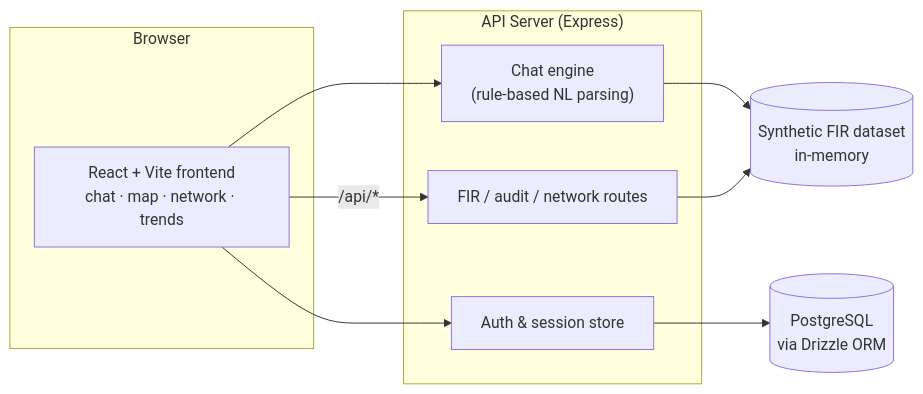
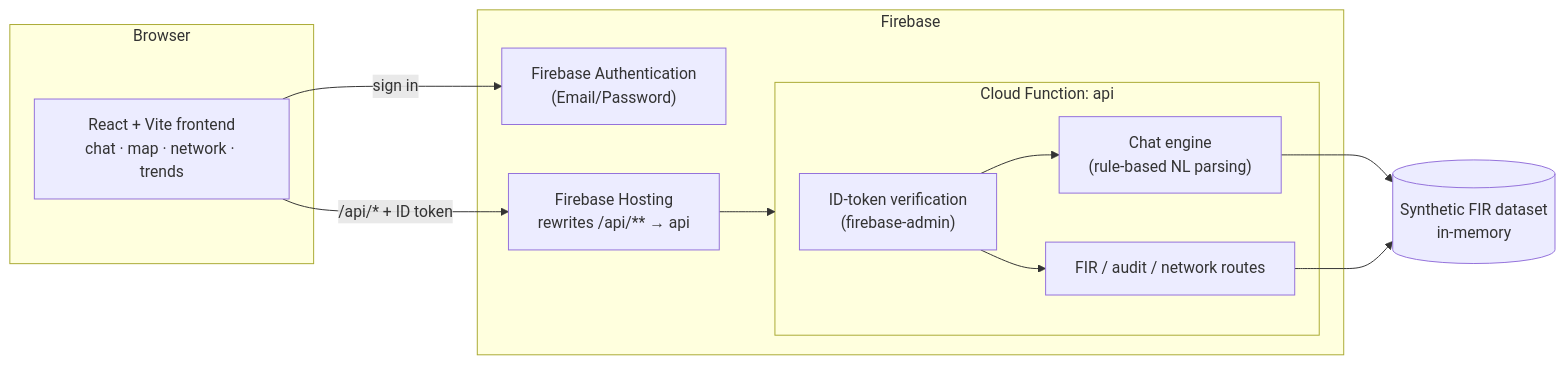
The diagram in README.md (Naxt318/SCRB-Sanket), drawn with Mermaid before and after one commit. The commit also changed other lines of this file and 26 other files, not shown here.

````diff
--- a/README.md
+++ b/README.md
@@ -117,22 +117,26 @@
 ```mermaid
 flowchart LR
     subgraph Browser
         UI["React + Vite frontend<br/>chat · map · network · trends"]
     end
 
-    subgraph Server["API Server (Express)"]
-        Chat["Chat engine<br/>(rule-based NL parsing)"]
-        Auth["Auth & session store"]
-        Routes["FIR / audit / network routes"]
+    subgraph Firebase
+        Auth["Firebase Authentication<br/>(Email/Password)"]
+        subgraph Fn["Cloud Function: api"]
+            Verify["ID-token verification<br/>(firebase-admin)"]
+            Chat["Chat engine<br/>(rule-based NL parsing)"]
+            Routes["FIR / audit / network routes"]
+        end
+        Hosting["Firebase Hosting<br/>rewrites /api/** → api"]
     end
 
     Data[("Synthetic FIR dataset<br/>in-memory")]
-    DB[("PostgreSQL<br/>via Drizzle ORM")]
 
-    UI -->|"/api/*"| Routes
-    UI --> Auth
-    UI --> Chat
+    UI -->|"sign in"| Auth
+    UI -->|"/api/* + ID token"| Hosting
+    Hosting --> Fn
+    Verify --> Chat
+    Verify --> Routes
     Chat --> Data
     Routes --> Data
-    Auth --> DB
 ```
````
